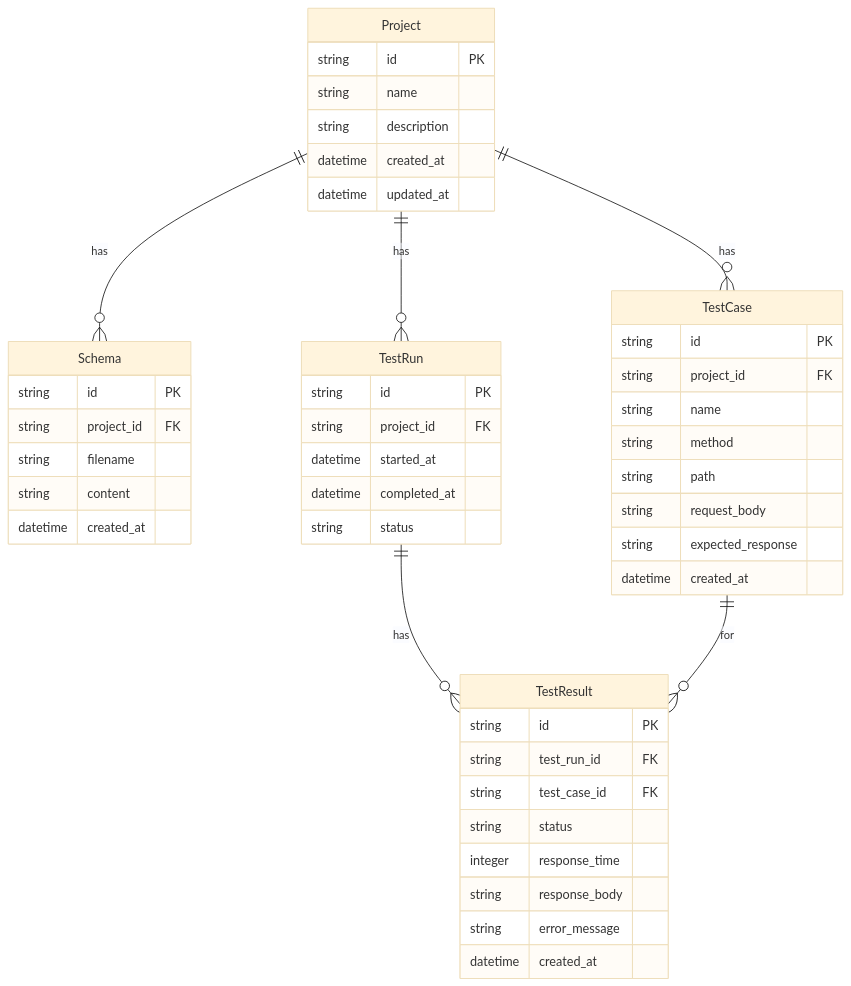
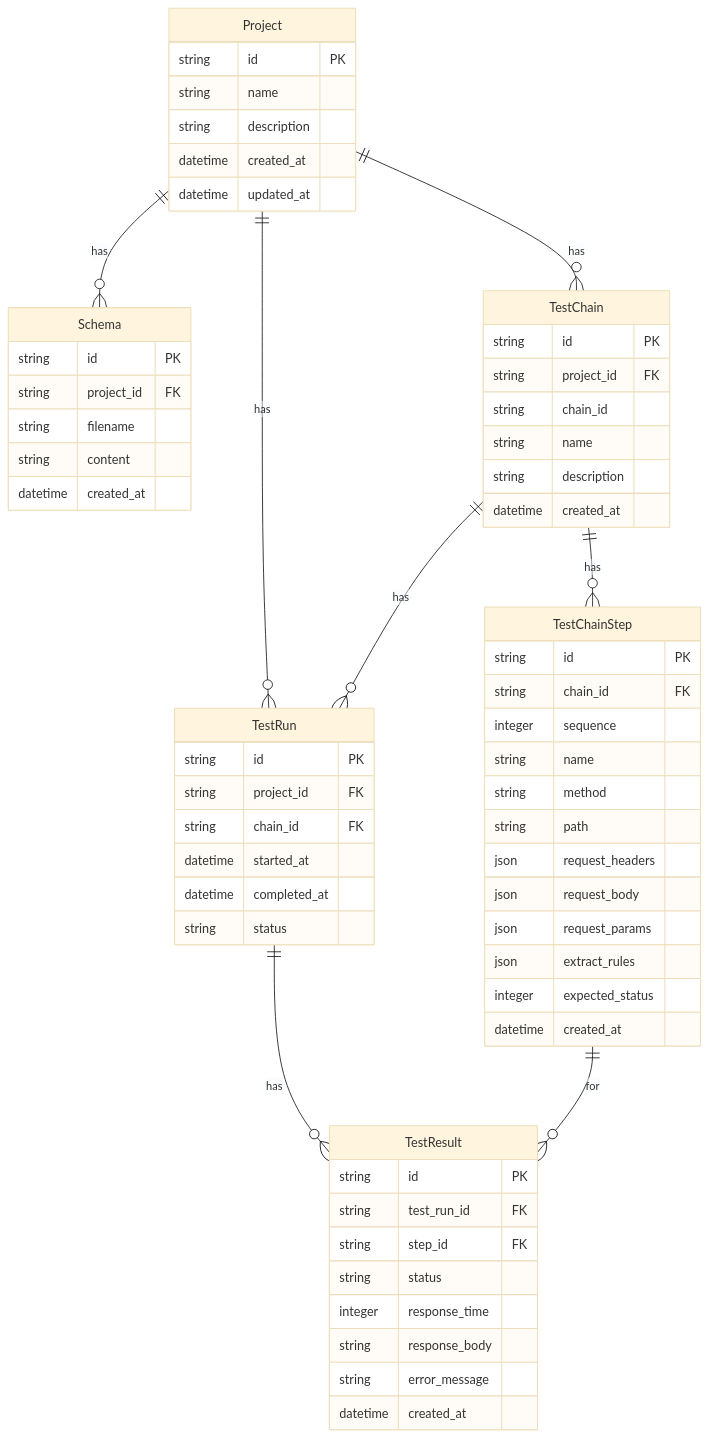
One commit to Pirikara/caseforge changed the fourth of 4 diagrams in ARCHITECTURE.md. Above: the diagram before and after it, drawn with Mermaid (base theme). The commit also changed other lines of this file and 1 other file, not shown here.

````diff
--- a/ARCHITECTURE.md
+++ b/ARCHITECTURE.md
@@ -145,54 +170,70 @@
 ```mermaid
 erDiagram
   Project {
     string id PK
     string name
     string description
     datetime created_at
     datetime updated_at
   }
   
   Schema {
     string id PK
     string project_id FK
     string filename
     string content
     datetime created_at
   }
   
-  TestCase {
+  TestChain {
     string id PK
     string project_id FK
+    string chain_id
+    string name
+    string description
+    datetime created_at
+  }
+  
+  TestChainStep {
+    string id PK
+    string chain_id FK
+    integer sequence
     string name
     string method
     string path
-    string request_body
-    string expected_response
+    json request_headers
+    json request_body
+    json request_params
+    json extract_rules
+    integer expected_status
     datetime created_at
   }
   
   TestRun {
     string id PK
     string project_id FK
+    string chain_id FK
     datetime started_at
     datetime completed_at
     string status
   }
   
   TestResult {
     string id PK
     string test_run_id FK
-    string test_case_id FK
+    string step_id FK
     string status
     integer response_time
     string response_body
     string error_message
     datetime created_at
   }
   
   Project ||--o{ Schema : "has"
-  Project ||--o{ TestCase : "has"
+  Project ||--o{ TestChain : "has"
   Project ||--o{ TestRun : "has"
+  TestChain ||--o{ TestChainStep : "has"
+  TestChain ||--o{ TestRun : "has"
   TestRun ||--o{ TestResult : "has"
-  TestCase ||--o{ TestResult : "for"
+  TestChainStep ||--o{ TestResult : "for"
 ```
````
